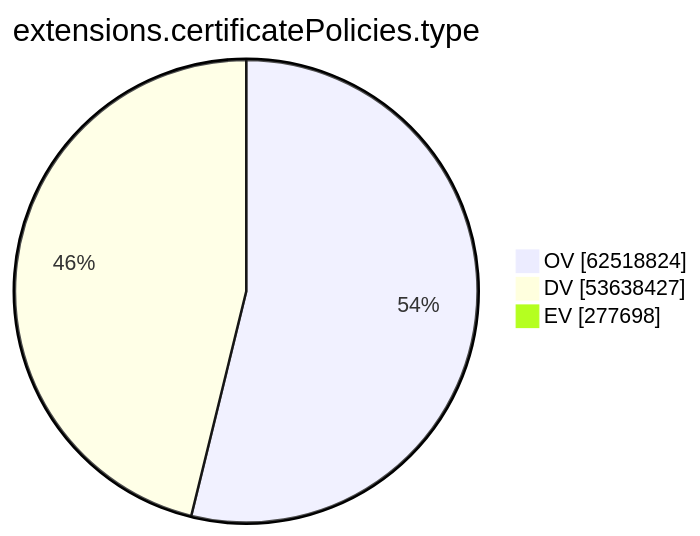
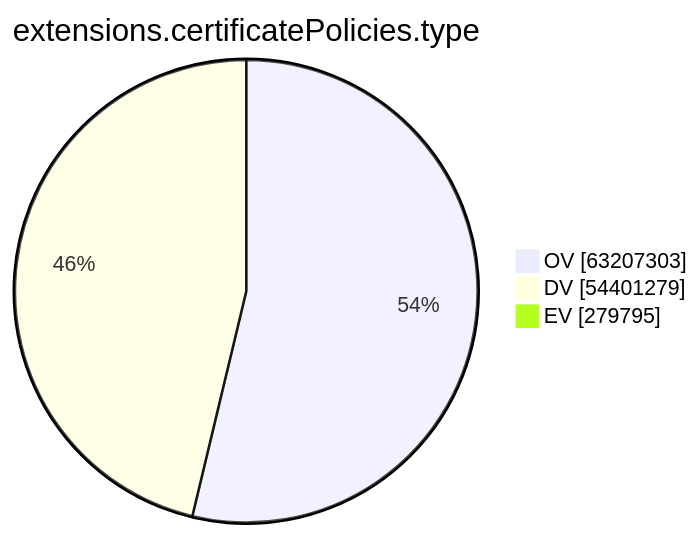
One commit to christiankrug/ctmonitor_visualization changed the ninth of 15 diagrams in xenon2023/README.md. Above: the diagram before and after it, drawn with Mermaid. The commit also changed other lines of this file, not shown here.

````diff
--- a/xenon2023/README.md
+++ b/xenon2023/README.md
@@ -2156,7 +2158,7 @@
 ```mermaid
 pie showData
 title extensions.certificatePolicies.type
-"OV" :62518824
-"DV" :53638427
-"EV" :277698
+"OV" :63207303
+"DV" :54401279
+"EV" :279795
 ```
````
